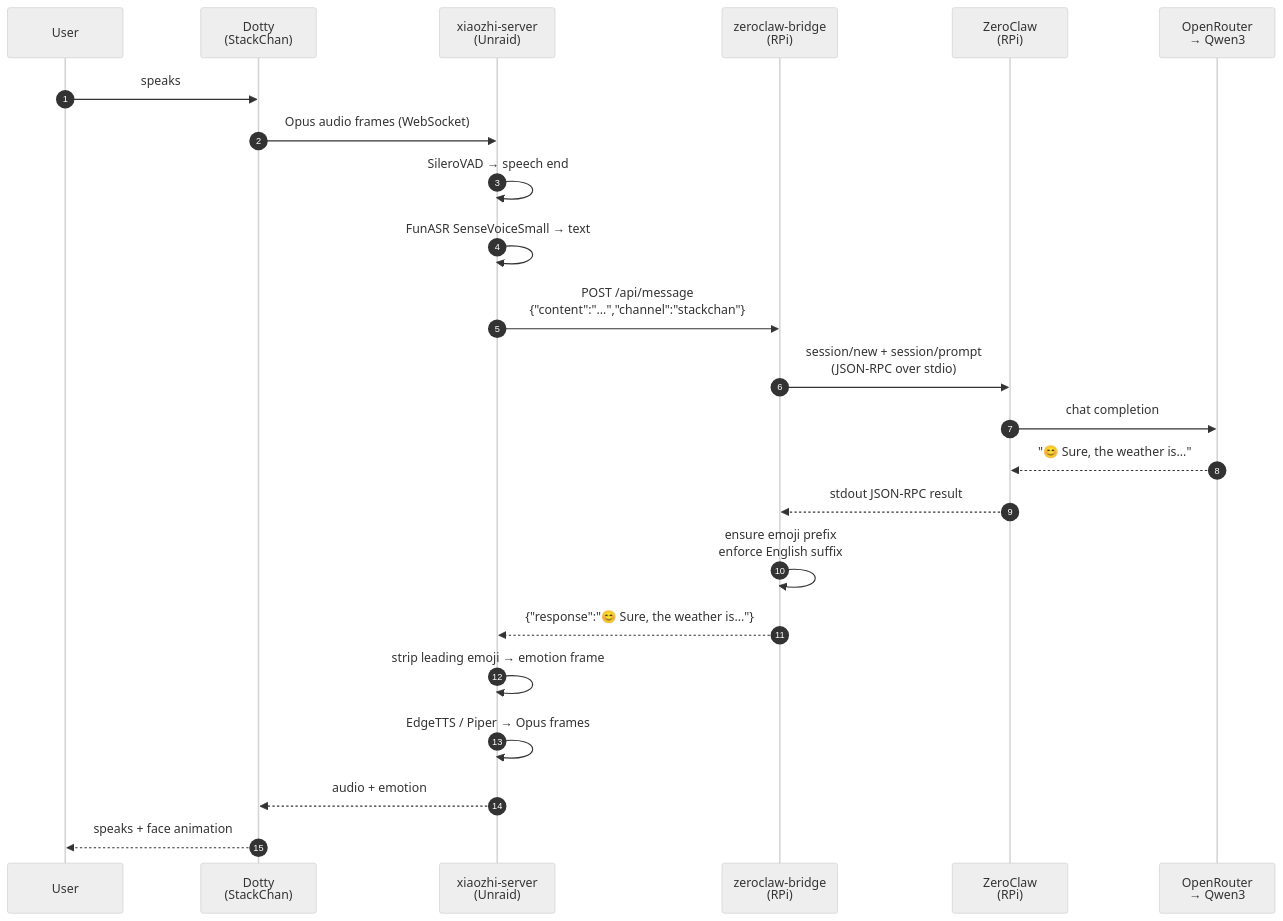
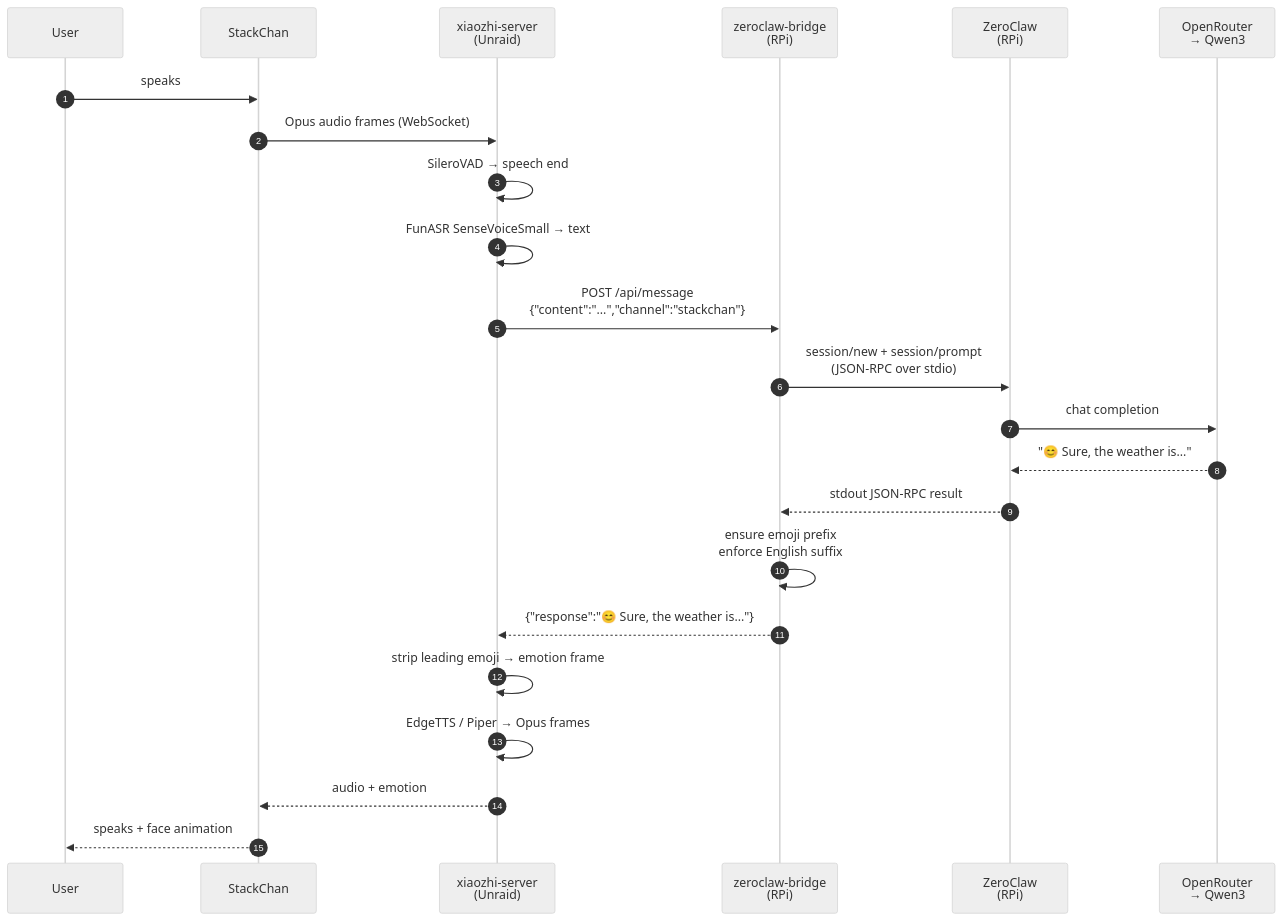
One commit to BrettKinny/dotty-stackchan changed the diagram in docs/architecture.md. Above: the diagram before and after it, drawn with Mermaid (neutral theme). The commit also changed other lines of this file and 12 other files, not shown here.

First line of the commit message:
Depersonalize public repo: "Dotty" → StackChan + <ROBOT_NAME>

````diff
--- a/docs/architecture.md
+++ b/docs/architecture.md
@@ -24,26 +24,26 @@
 ```mermaid
 sequenceDiagram
     autonumber
     participant User
-    participant SC as Dotty<br/>(StackChan)
+    participant SC as StackChan
     participant XZ as xiaozhi-server<br/>(Unraid)
     participant Br as zeroclaw-bridge<br/>(RPi)
     participant ZC as ZeroClaw<br/>(RPi)
     participant LLM as OpenRouter<br/>→ Qwen3
 
     User->>SC: speaks
     SC->>XZ: Opus audio frames (WebSocket)
     XZ->>XZ: SileroVAD → speech end
     XZ->>XZ: FunASR SenseVoiceSmall → text
     XZ->>Br: POST /api/message<br/>{"content":"...","channel":"stackchan"}
     Br->>ZC: session/new + session/prompt<br/>(JSON-RPC over stdio)
     ZC->>LLM: chat completion
     LLM-->>ZC: "😊 Sure, the weather is..."
     ZC-->>Br: stdout JSON-RPC result
     Br->>Br: ensure emoji prefix<br/>enforce English suffix
     Br-->>XZ: {"response":"😊 Sure, the weather is..."}
     XZ->>XZ: strip leading emoji → emotion frame
     XZ->>XZ: EdgeTTS / Piper → Opus frames
     XZ-->>SC: audio + emotion
     SC-->>User: speaks + face animation
 ```
````
